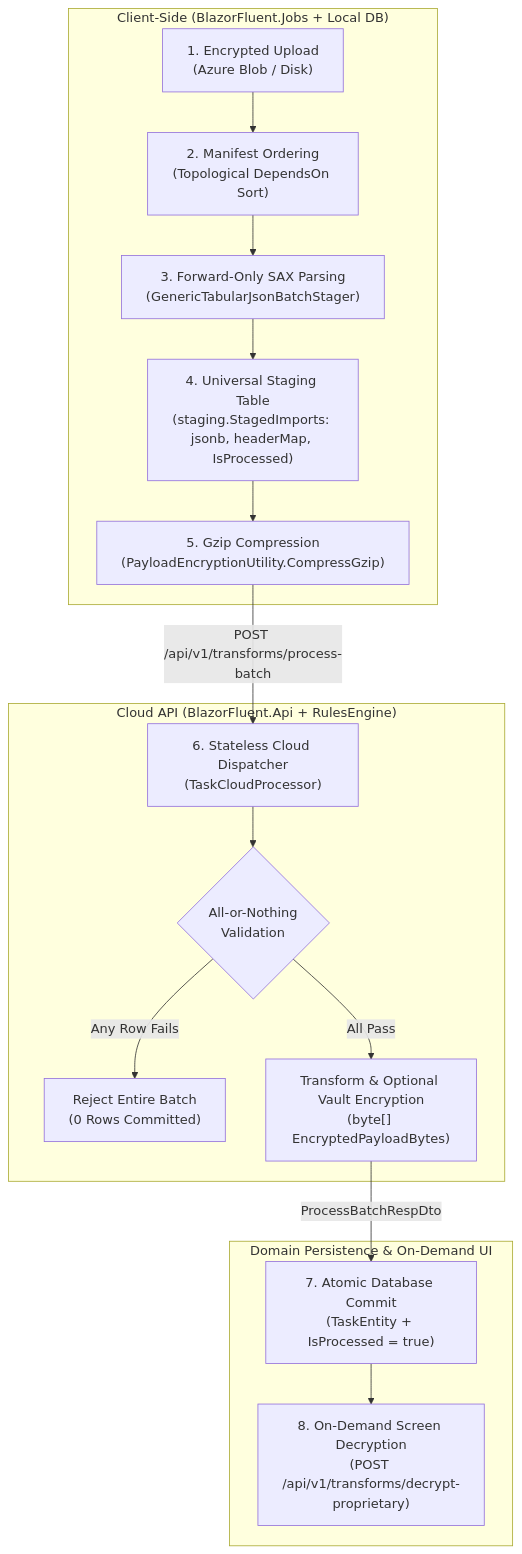
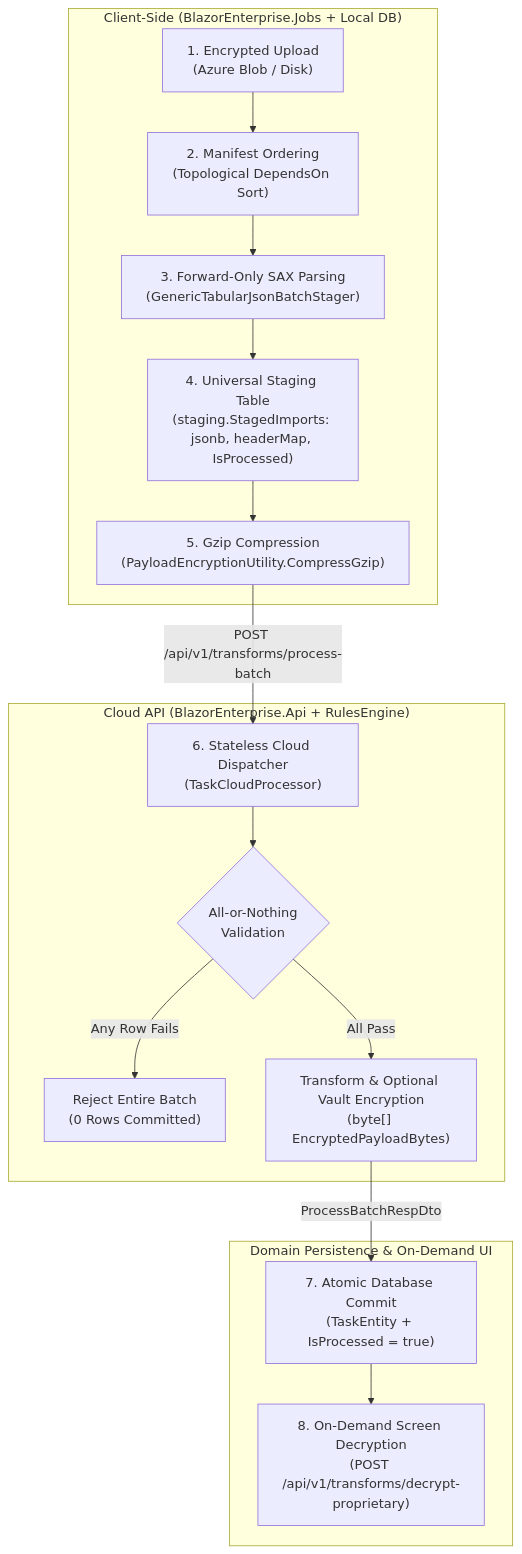
One commit to cheriansk/blazor-fluent changed the first of 4 diagrams in docs/04-Enterprise-Features-and-Subsystems.md. Above: the diagram before and after it, drawn with Mermaid. The commit also changed other lines of this file and 1219 other files, not shown here.

````diff
--- a/docs/04-Enterprise-Features-and-Subsystems.md
+++ b/docs/04-Enterprise-Features-and-Subsystems.md
@@ -12,21 +12,21 @@
 ```mermaid
 flowchart TD
-    subgraph Client["Client-Side (BlazorFluent.Jobs + Local DB)"]
+    subgraph Client["Client-Side (BlazorEnterprise.Jobs + Local DB)"]
         A["1. Encrypted Upload\n(Azure Blob / Disk)"] --> B["2. Manifest Ordering\n(Topological DependsOn Sort)"]
         B --> C["3. Forward-Only SAX Parsing\n(GenericTabularJsonBatchStager)"]
         C --> D["4. Universal Staging Table\n(staging.StagedImports: jsonb, headerMap, IsProcessed)"]
         D --> E["5. Gzip Compression\n(PayloadEncryptionUtility.CompressGzip)"]
     end
     
-    subgraph Cloud["Cloud API (BlazorFluent.Api + RulesEngine)"]
+    subgraph Cloud["Cloud API (BlazorEnterprise.Api + RulesEngine)"]
         E -->|POST /api/v1/transforms/process-batch| F["6. Stateless Cloud Dispatcher\n(TaskCloudProcessor)"]
         F --> G{"All-or-Nothing\nValidation"}
         G -->|Any Row Fails| H["Reject Entire Batch\n(0 Rows Committed)"]
         G -->|All Pass| I["Transform & Optional Vault Encryption\n(byte[] EncryptedPayloadBytes)"]
     end
     
     subgraph Commit["Domain Persistence & On-Demand UI"]
         I -->|ProcessBatchRespDto| J["7. Atomic Database Commit\n(TaskEntity + IsProcessed = true)"]
         J --> K["8. On-Demand Screen Decryption\n(POST /api/v1/transforms/decrypt-proprietary)"]
     end
 ```
````
